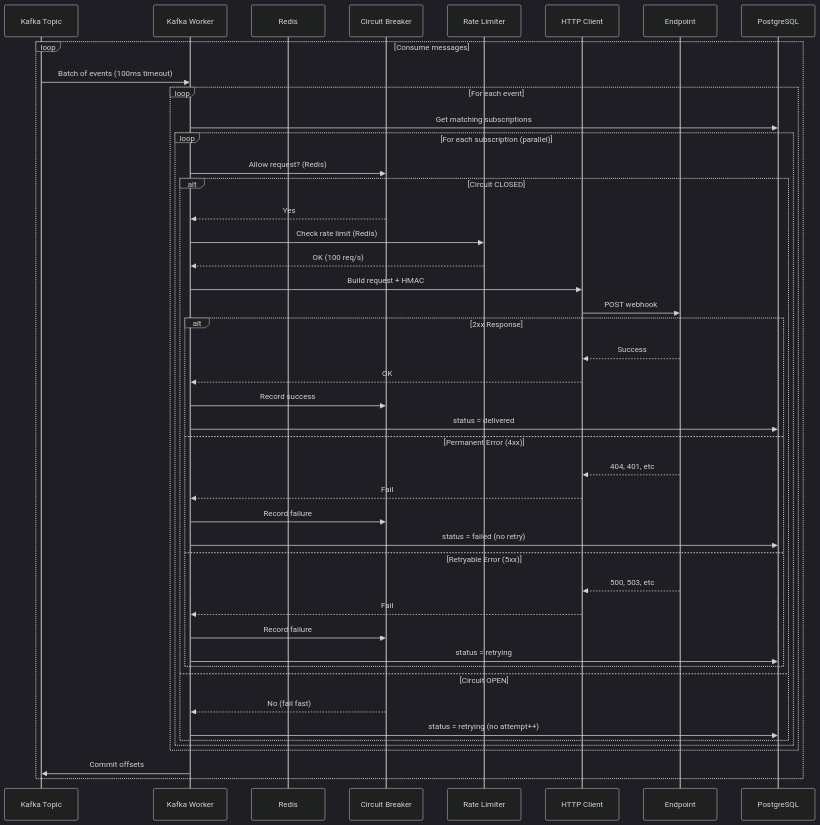
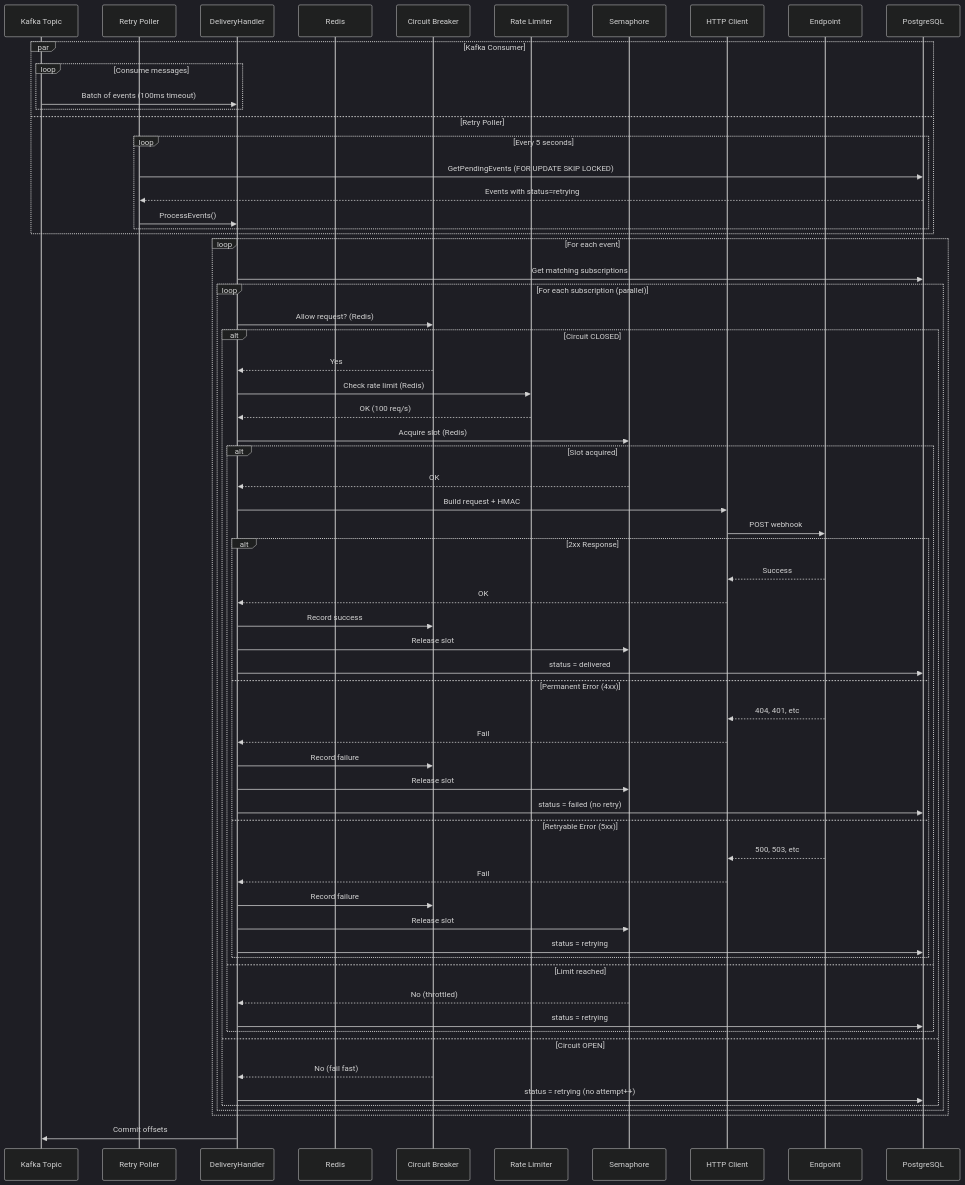
One commit to felipepmaragno/webhook-service changed the fifth of 12 diagrams in docs/architecture.md. Above: the diagram before and after it, drawn with Mermaid (dark theme). The commit also changed other lines of this file and 3 other files, not shown here.

First line of the commit message:
docs: add ADR 013 and update architecture diagrams

````diff
--- a/docs/architecture.md
+++ b/docs/architecture.md
@@ -139,54 +177,75 @@
 ```mermaid
 sequenceDiagram
     participant Kafka as Kafka Topic
-    participant Worker as Kafka Worker
+    participant Poller as Retry Poller
+    participant Worker as DeliveryHandler
     participant Redis as Redis
     participant CB as Circuit Breaker
     participant RL as Rate Limiter
+    participant Sem as Semaphore
     participant HTTP as HTTP Client
     participant Endpoint
     participant DB as PostgreSQL
 
-    loop Consume messages
-        Kafka->>Worker: Batch of events (100ms timeout)
+    par Kafka Consumer
+        loop Consume messages
+            Kafka->>Worker: Batch of events (100ms timeout)
+        end
+    and Retry Poller
+        loop Every 5 seconds
+            Poller->>DB: GetPendingEvents (FOR UPDATE SKIP LOCKED)
+            DB-->>Poller: Events with status=retrying
+            Poller->>Worker: ProcessEvents()
+        end
+    end
+    
+    loop For each event
+        Worker->>DB: Get matching subscriptions
         
-        loop For each event
-            Worker->>DB: Get matching subscriptions
+        loop For each subscription (parallel)
+            Worker->>CB: Allow request? (Redis)
             
-            loop For each subscription (parallel)
-                Worker->>CB: Allow request? (Redis)
+            alt Circuit CLOSED
+                CB-->>Worker: Yes
+                Worker->>RL: Check rate limit (Redis)
+                RL-->>Worker: OK (100 req/s)
+                Worker->>Sem: Acquire slot (Redis)
                 
-                alt Circuit CLOSED
-                    CB-->>Worker: Yes
-                    Worker->>RL: Check rate limit (Redis)
-                    RL-->>Worker: OK (100 req/s)
+                alt Slot acquired
+                    Sem-->>Worker: OK
                     Worker->>HTTP: Build request + HMAC
                     HTTP->>Endpoint: POST webhook
                     
                     alt 2xx Response
                         Endpoint-->>HTTP: Success
                         HTTP-->>Worker: OK
                         Worker->>CB: Record success
+                        Worker->>Sem: Release slot
                         Worker->>DB: status = delivered
                     else Permanent Error (4xx)
                         Endpoint-->>HTTP: 404, 401, etc
                         HTTP-->>Worker: Fail
                         Worker->>CB: Record failure
+                        Worker->>Sem: Release slot
                         Worker->>DB: status = failed (no retry)
                     else Retryable Error (5xx)
                         Endpoint-->>HTTP: 500, 503, etc
                         HTTP-->>Worker: Fail
                         Worker->>CB: Record failure
+                        Worker->>Sem: Release slot
                         Worker->>DB: status = retrying
                     end
-                    
-                else Circuit OPEN
-                    CB-->>Worker: No (fail fast)
-                    Worker->>DB: status = retrying (no attempt++)
+                else Limit reached
+                    Sem-->>Worker: No (throttled)
+                    Worker->>DB: status = retrying
                 end
+                
+            else Circuit OPEN
+                CB-->>Worker: No (fail fast)
+                Worker->>DB: status = retrying (no attempt++)
             end
         end
-        
-        Worker->>Kafka: Commit offsets
     end
+    
+    Worker->>Kafka: Commit offsets
 ```
````
